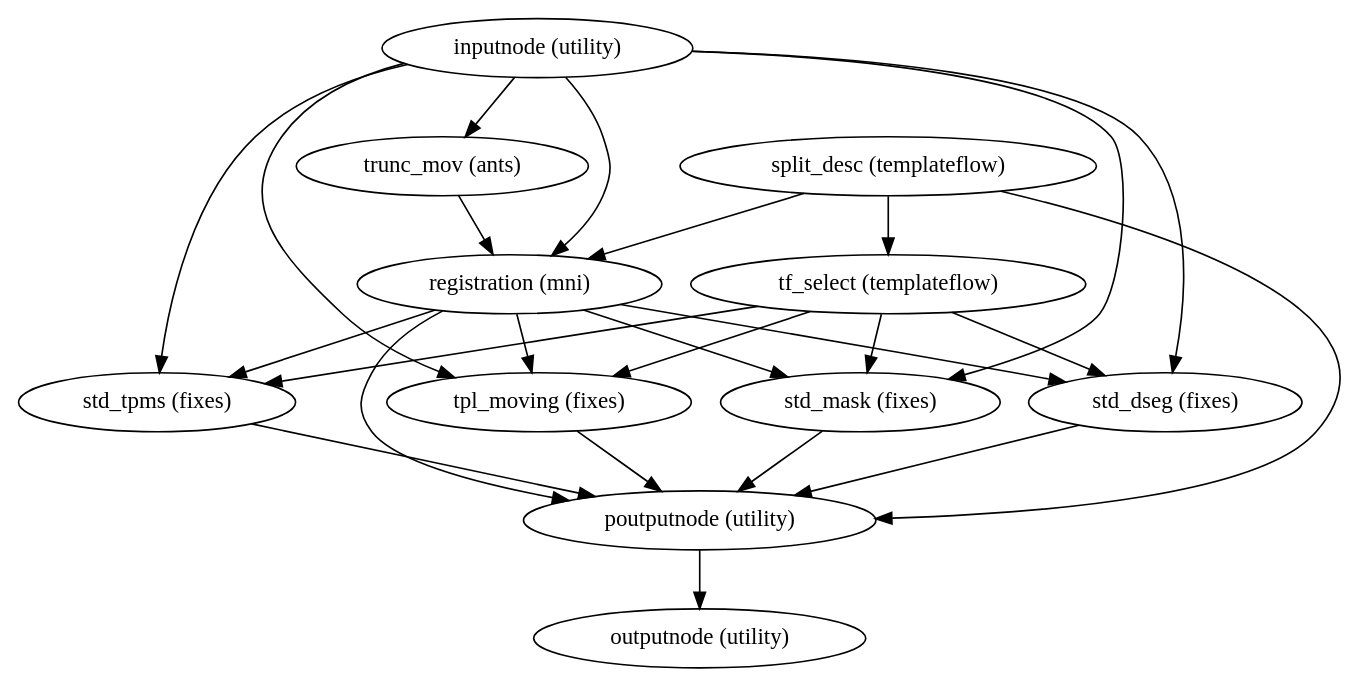
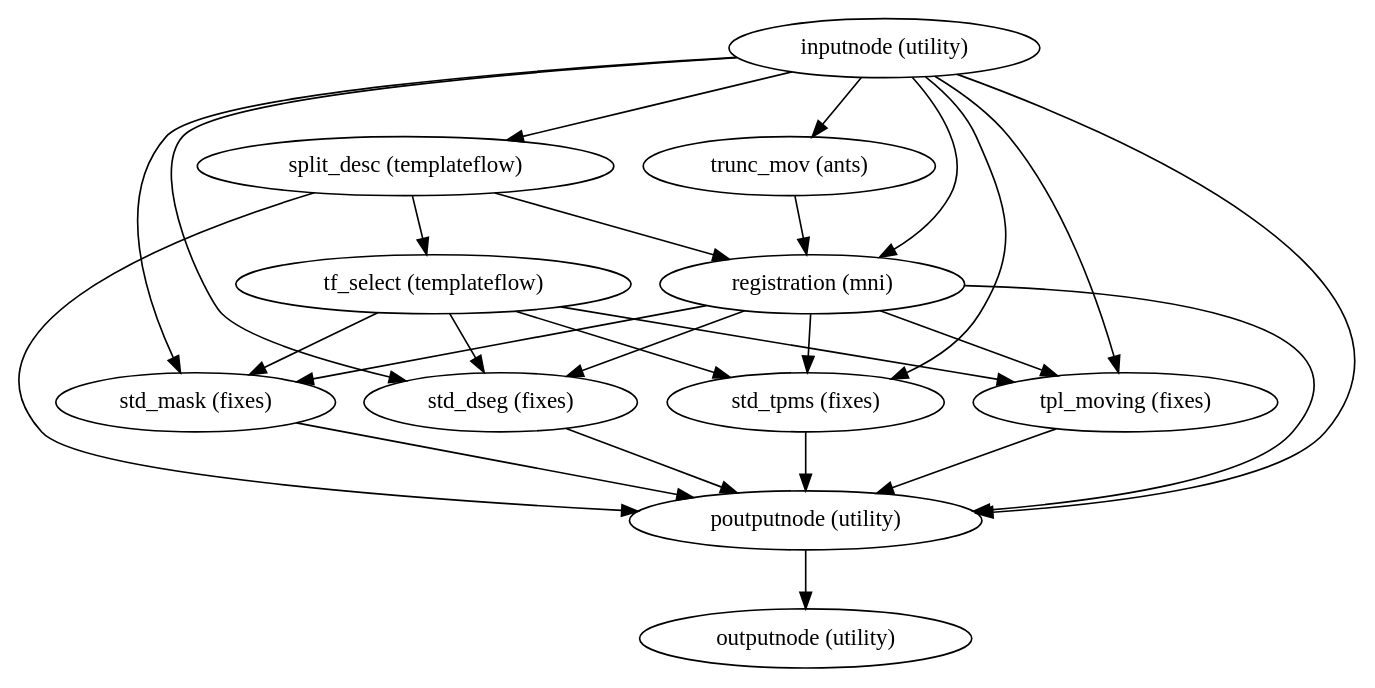
Before and after one commit to nuKs/smriprep: the diagram in 0.4.0rc1/wf_directive/api/anat_norm_wf/smriprep-workflows-norm-1.dot, drawn with Graphviz. The commit also changed 662 other files, not shown here.

```diff
--- a/0.4.0rc1/wf_directive/api/anat_norm_wf/smriprep-workflows-norm-1.dot
+++ b/0.4.0rc1/wf_directive/api/anat_norm_wf/smriprep-workflows-norm-1.dot
@@ -1,37 +1,39 @@
 strict digraph  {
 "inputnode (utility)";
+"split_desc (templateflow)";
+"poutputnode (utility)";
 "trunc_mov (ants)";
 "registration (mni)";
 "tpl_moving (fixes)";
 "std_mask (fixes)";
 "std_dseg (fixes)";
 "std_tpms (fixes)";
-"poutputnode (utility)";
-"split_desc (templateflow)";
 "tf_select (templateflow)";
 "outputnode (utility)";
+"inputnode (utility)" -> "split_desc (templateflow)";
+"inputnode (utility)" -> "poutputnode (utility)";
 "inputnode (utility)" -> "trunc_mov (ants)";
 "inputnode (utility)" -> "registration (mni)";
 "inputnode (utility)" -> "tpl_moving (fixes)";
 "inputnode (utility)" -> "std_mask (fixes)";
 "inputnode (utility)" -> "std_dseg (fixes)";
 "inputnode (utility)" -> "std_tpms (fixes)";
+"split_desc (templateflow)" -> "tf_select (templateflow)";
+"split_desc (templateflow)" -> "registration (mni)";
+"split_desc (templateflow)" -> "poutputnode (utility)";
+"poutputnode (utility)" -> "outputnode (utility)";
 "trunc_mov (ants)" -> "registration (mni)";
 "registration (mni)" -> "tpl_moving (fixes)";
 "registration (mni)" -> "std_mask (fixes)";
 "registration (mni)" -> "std_dseg (fixes)";
 "registration (mni)" -> "std_tpms (fixes)";
 "registration (mni)" -> "poutputnode (utility)";
 "tpl_moving (fixes)" -> "poutputnode (utility)";
 "std_mask (fixes)" -> "poutputnode (utility)";
 "std_dseg (fixes)" -> "poutputnode (utility)";
 "std_tpms (fixes)" -> "poutputnode (utility)";
-"poutputnode (utility)" -> "outputnode (utility)";
-"split_desc (templateflow)" -> "tf_select (templateflow)";
-"split_desc (templateflow)" -> "registration (mni)";
-"split_desc (templateflow)" -> "poutputnode (utility)";
 "tf_select (templateflow)" -> "tpl_moving (fixes)";
 "tf_select (templateflow)" -> "std_mask (fixes)";
 "tf_select (templateflow)" -> "std_dseg (fixes)";
 "tf_select (templateflow)" -> "std_tpms (fixes)";
 }
```
